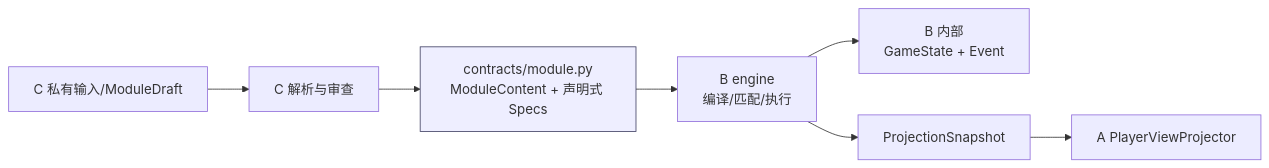
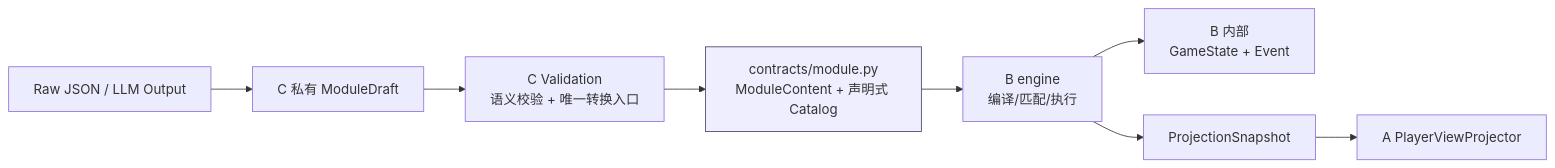
The third of 4 diagrams in agent-collaboration-framework/docs/architecture.md (1024XEngineer/TRPG-master), drawn with Mermaid before and after one commit. The commit also changed other lines of this file and 71 other files, not shown here.

Commit message:
feat: 完善 ModuleContent 并重解析四个模组

````diff
--- a/agent-collaboration-framework/docs/architecture.md
+++ b/agent-collaboration-framework/docs/architecture.md
@@ -180,11 +185,12 @@
 ```mermaid
 flowchart LR
-    RAW["C 私有输入/ModuleDraft"] --> PARSE["C 解析与审查"]
-    PARSE --> CONTRACT["contracts/module.py<br/>ModuleContent + 声明式 Specs"]
+    RAW["Raw JSON / LLM Output"] --> DRAFT["C 私有 ModuleDraft"]
+    DRAFT --> VALIDATE["C Validation<br/>语义校验 + 唯一转换入口"]
+    VALIDATE --> CONTRACT["contracts/module.py<br/>ModuleContent + 声明式 Catalog"]
     CONTRACT --> ENGINE["B engine<br/>编译/匹配/执行"]
     ENGINE --> STATE["B 内部<br/>GameState + Event"]
     ENGINE --> SNAP["ProjectionSnapshot"]
     SNAP --> VIEW["A PlayerViewProjector"]
 
     style CONTRACT fill:#eef,stroke:#446
 ```
````
